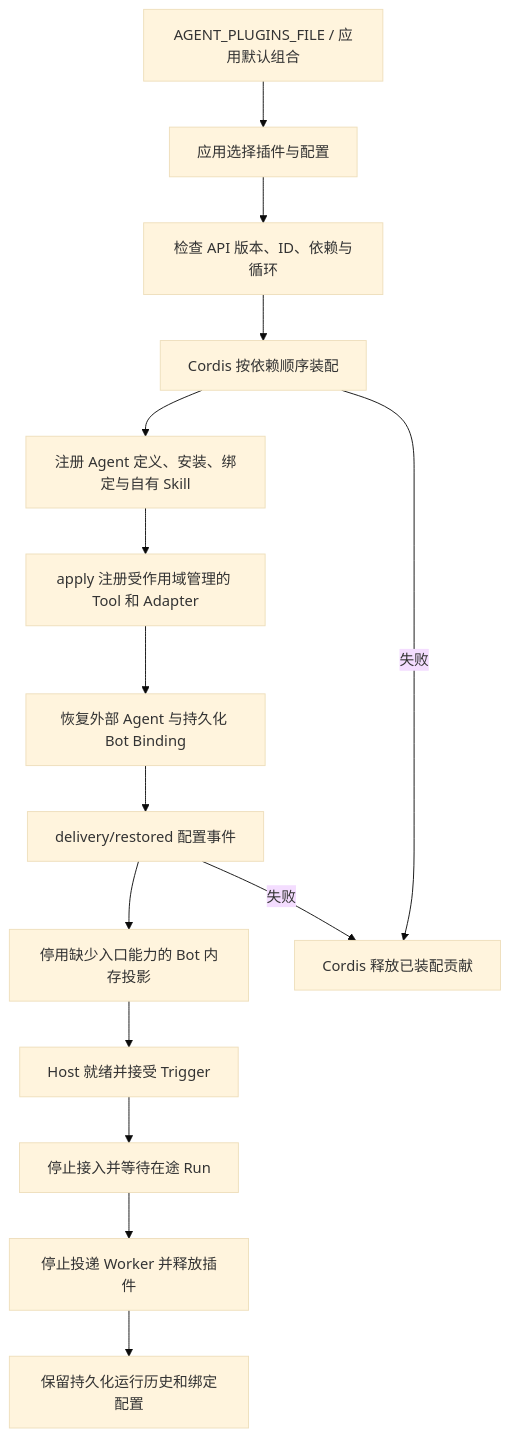
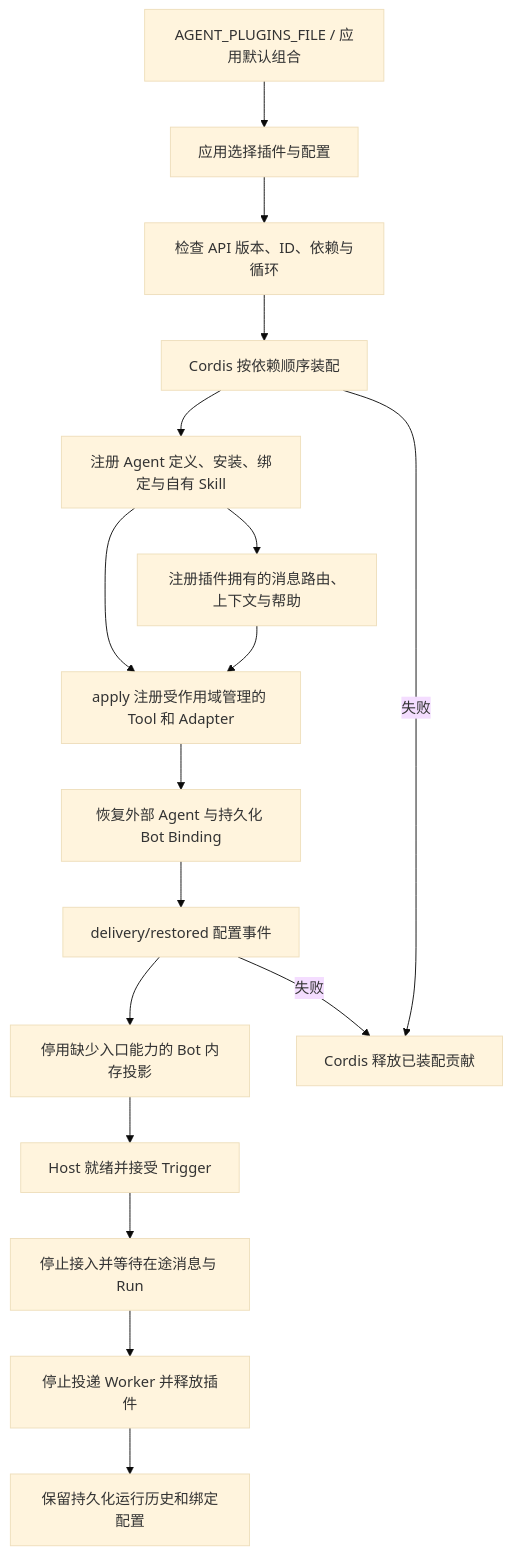
Before and after one commit to KlayPeter/AI-Delivery-Ops-Agent: the diagram in backend/src/platform/plugins/FEATURE.md, drawn with Mermaid (base theme). The commit also changed other lines of this file and 39 other files, not shown here.

````diff
--- a/backend/src/platform/plugins/FEATURE.md
+++ b/backend/src/platform/plugins/FEATURE.md
@@ -21,17 +21,19 @@
 ```mermaid
 flowchart TD
     Y[AGENT_PLUGINS_FILE / 应用默认组合] --> A[应用选择插件与配置]
     A --> B[检查 API 版本、ID、依赖与循环]
     B --> C[Cordis 按依赖顺序装配]
     C --> D[注册 Agent 定义、安装、绑定与自有 Skill]
     D --> E[apply 注册受作用域管理的 Tool 和 Adapter]
+    D --> MR[注册插件拥有的消息路由、上下文与帮助]
+    MR --> E
     E --> F[恢复外部 Agent 与持久化 Bot Binding]
     F --> G[delivery/restored 配置事件]
     G --> H[停用缺少入口能力的 Bot 内存投影]
     H --> I[Host 就绪并接受 Trigger]
     C -- 失败 --> X[Cordis 释放已装配贡献]
     G -- 失败 --> X
-    I --> J[停止接入并等待在途 Run]
+    I --> J[停止接入并等待在途消息与 Run]
     J --> K[停止投递 Worker 并释放插件]
     K --> L[保留持久化运行历史和绑定配置]
 ```
````
